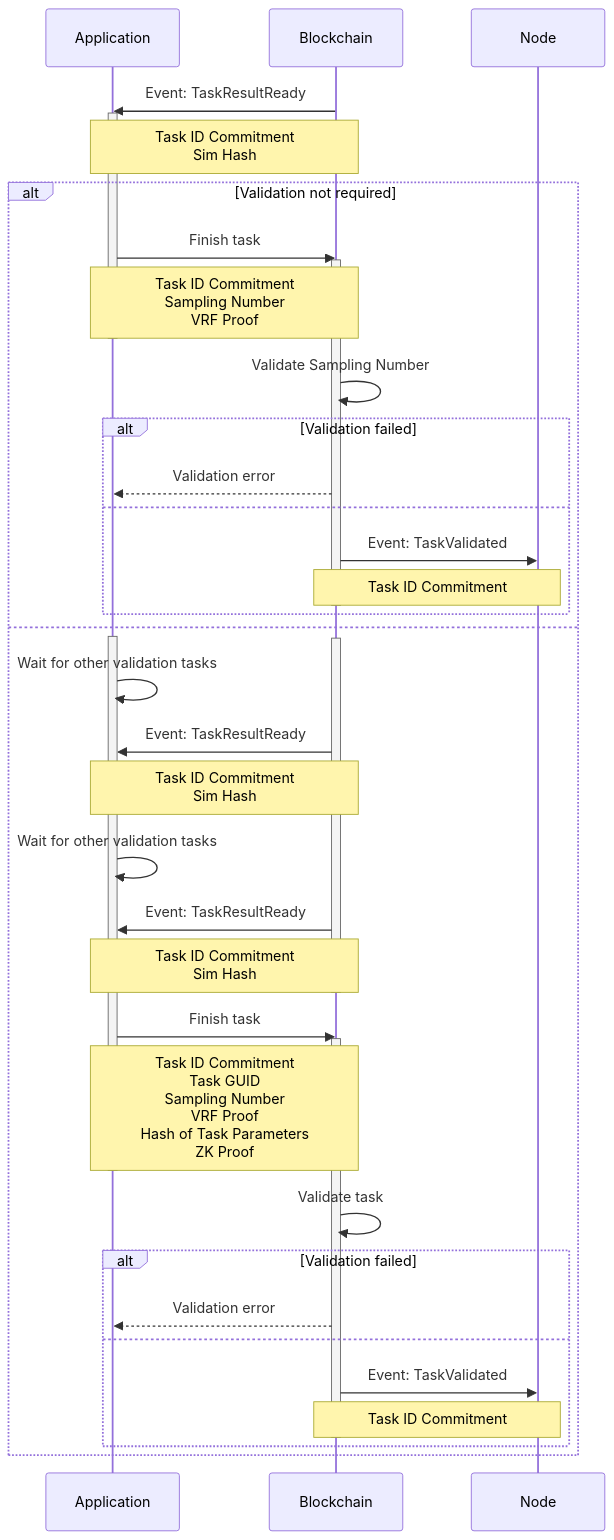
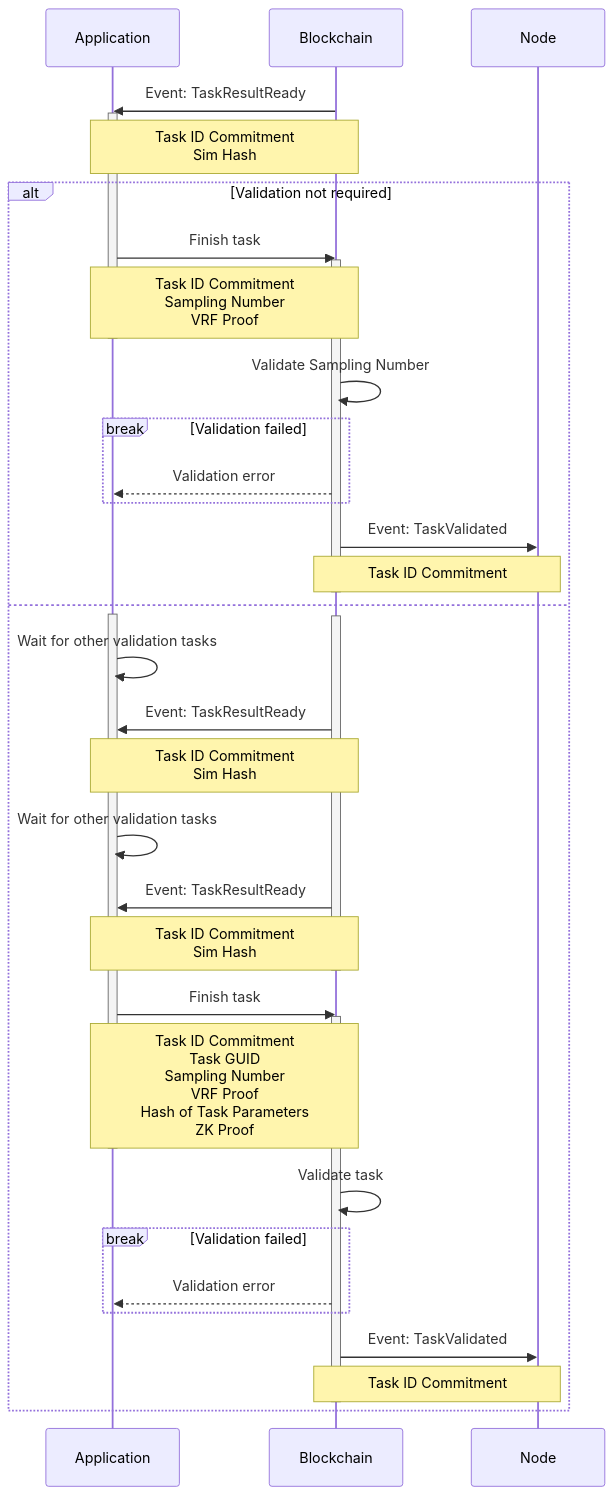
One commit to crynux-ai/documentation changed the third of 3 diagrams in gitbook/system-design/task-lifecycle.md. Above: the diagram before and after it, drawn with Mermaid. The commit also changed other lines of this file, not shown here.

Commit message:
GITBOOK-271: No subject

````diff
--- a/gitbook/system-design/task-lifecycle.md
+++ b/gitbook/system-design/task-lifecycle.md
@@ -190,49 +190,47 @@
 ```mermaid
 sequenceDiagram
     Participant A as Application
     Participant B as Blockchain
     Participant N as Node
 
     B ->> A: Event: TaskResultReady
     activate A
     Note over A,B: Task ID Commitment<br />Sim Hash
 
     alt Validation not required
         A ->> B: Finish task
         activate B
         Note over A,B: Task ID Commitment<br/>Sampling Number<br/>VRF Proof
         deactivate A
         B ->> B: Validate Sampling Number
-        alt Validation failed
+        break Validation failed
             B -->> A: Validation error 
-        else
-            B ->> N: Event: TaskValidated
-            Note over B,N: Task ID Commitment
-            deactivate B
         end
+        B ->> N: Event: TaskValidated
+        Note over B,N: Task ID Commitment
+        deactivate B
     else
         activate A
         activate B
         A ->> A: Wait for other validation tasks
         B ->> A: Event: TaskResultReady
         Note over A,B: Task ID Commitment<br />Sim Hash
         A ->> A: Wait for other validation tasks
         B ->> A: Event: TaskResultReady
         Note over A,B: Task ID Commitment<br />Sim Hash
         deactivate B
 
         A ->> B: Finish task
         activate B
         Note over A,B: Task ID Commitment<br/>Task GUID<br/>Sampling Number<br/>VRF Proof<br/>Hash of Task Parameters<br/>ZK Proof
         deactivate A
         B ->> B: Validate task
-        alt Validation failed
+        break Validation failed
             B -->> A: Validation error 
-        else
-            B ->> N: Event: TaskValidated
-            Note over B,N: Task ID Commitment
-            deactivate B
         end
+        B ->> N: Event: TaskValidated
+        Note over B,N: Task ID Commitment
+        deactivate B
     end
     
 ```
````
